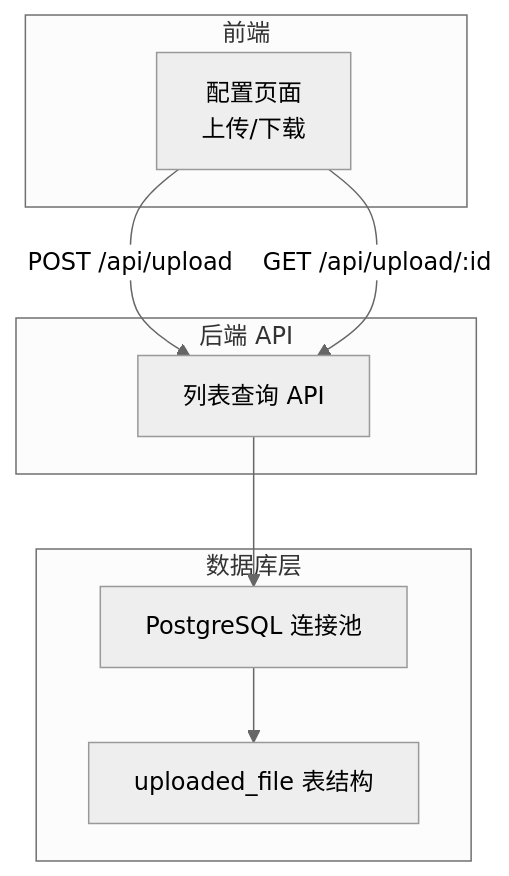
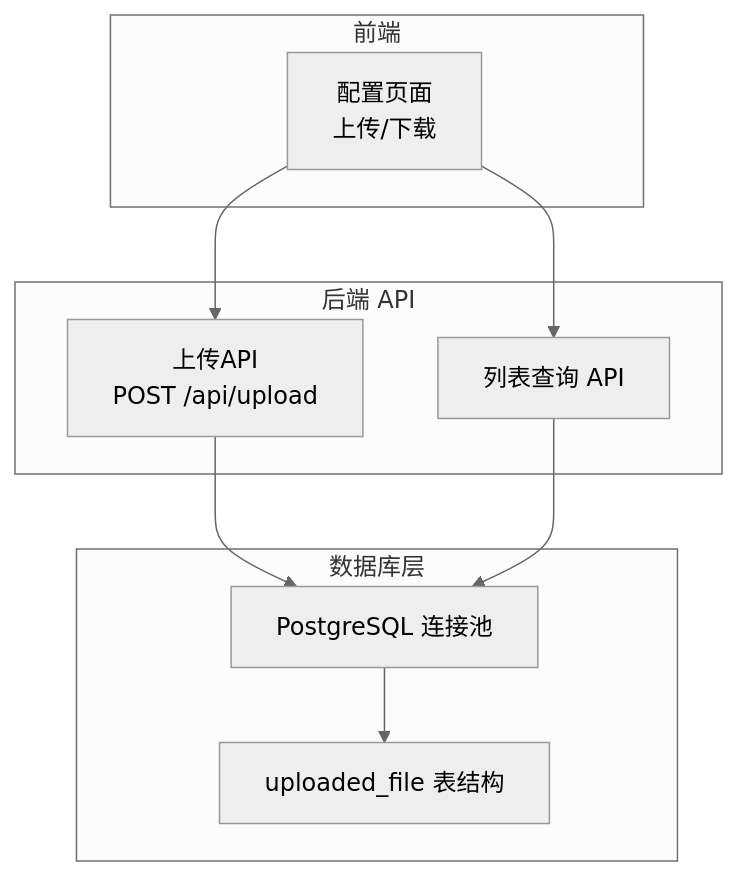
Before and after one commit to HAOFUYANG/nextjs-admin: the first of 6 diagrams in .qoder/repowiki/zh/content/数据库集成/数据模型设计/上传文件模型.md, drawn with Mermaid (neutral theme). The commit also changed other lines of this file and 25 other files, not shown here.

````diff
--- a/.qoder/repowiki/zh/content/数据库集成/数据模型设计/上传文件模型.md
+++ b/.qoder/repowiki/zh/content/数据库集成/数据模型设计/上传文件模型.md
@@ -44,17 +48,19 @@
 ```mermaid
 graph TB
 subgraph "前端"
 FE_Page["配置页面<br/>上传/下载"]
 end
 subgraph "后端 API"
+API_Upload["上传API<br/>POST /api/upload"]
 API_List["列表查询 API"]
 end
 subgraph "数据库层"
 DB_Schema["uploaded_file 表结构"]
 DB_Conn["PostgreSQL 连接池"]
 end
-FE_Page --> |"POST /api/upload"| API_List
-FE_Page --> |"GET /api/upload/:id"| API_List
+FE_Page --> API_Upload
+FE_Page --> API_List
+API_Upload --> DB_Conn
 API_List --> DB_Conn
 DB_Conn --> DB_Schema
 ```
````
